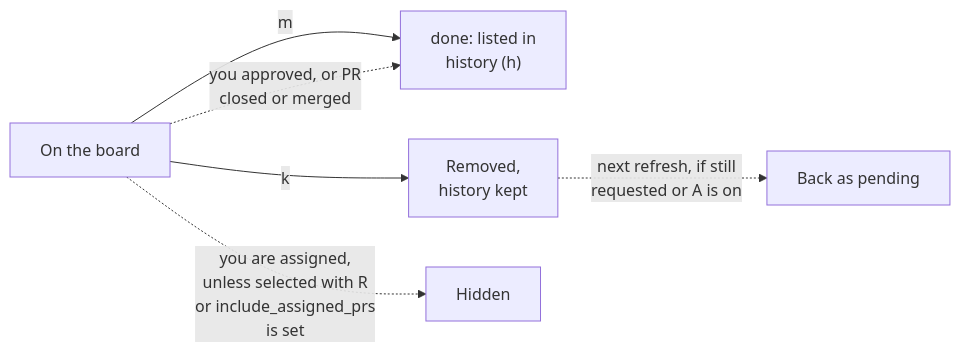
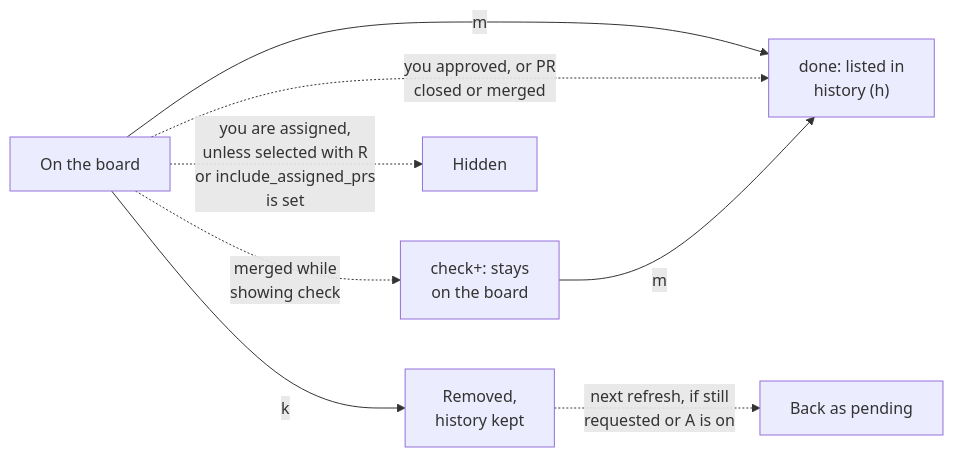
The diagram in docs/diagrams/pr-exit.mmd (heikkitoivonen/diffbutler), drawn with Mermaid before and after one commit. The commit also changed 13 other files, not shown here.

First line of the commit message:
Keep merged PRs with findings on the board as check+

```diff
--- a/docs/diagrams/pr-exit.mmd
+++ b/docs/diagrams/pr-exit.mmd
@@ -1,8 +1,10 @@
 flowchart LR
     board["On the board"]
     board -->|"m"| done
     board -.->|"you approved, or PR<br/>closed or merged"| done
+    board -.->|"merged while<br/>showing check"| checkplus["check+: stays<br/>on the board"]
+    checkplus -->|"m"| done
     done["done: listed in<br/>history (h)"]
     board -->|"k"| reset["Removed,<br/>history kept"]
     reset -.->|"next refresh, if still<br/>requested or A is on"| back["Back as pending"]
     board -.->|"you are assigned,<br/>unless selected with R<br/>or include_assigned_prs<br/>is set"| hidden["Hidden"]
```
